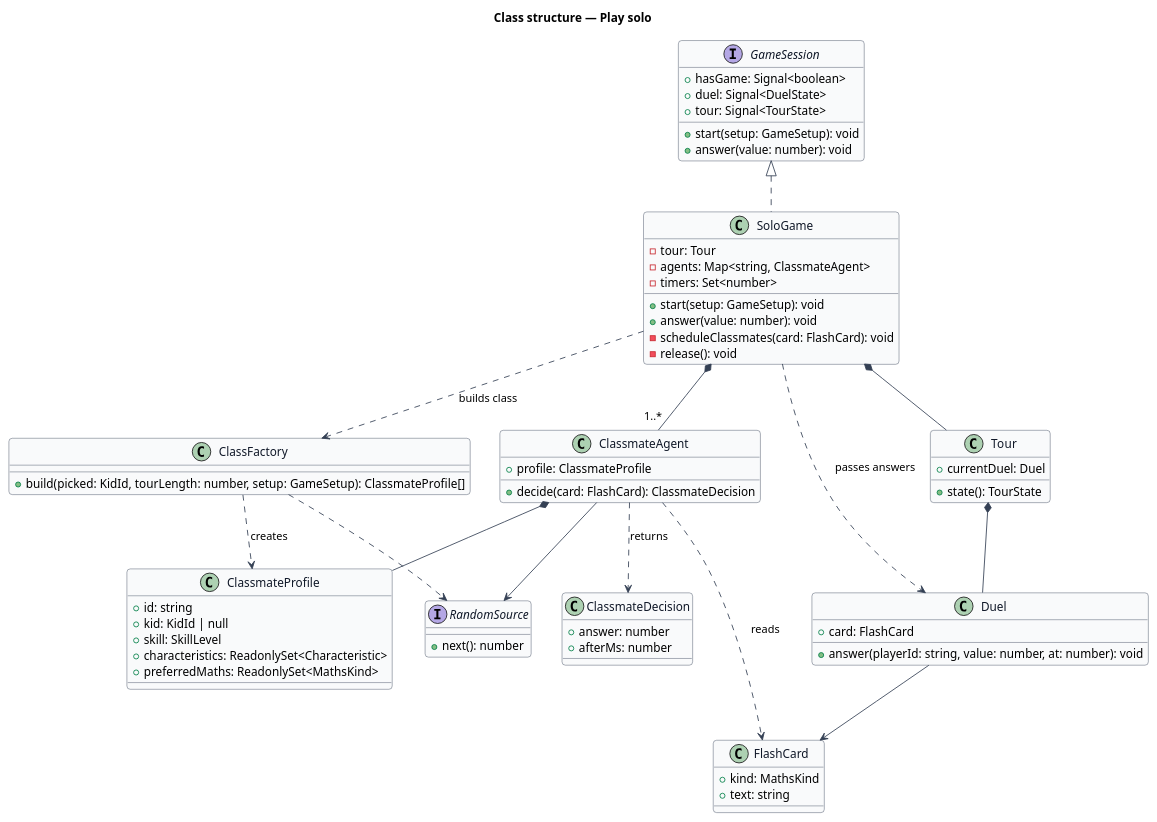
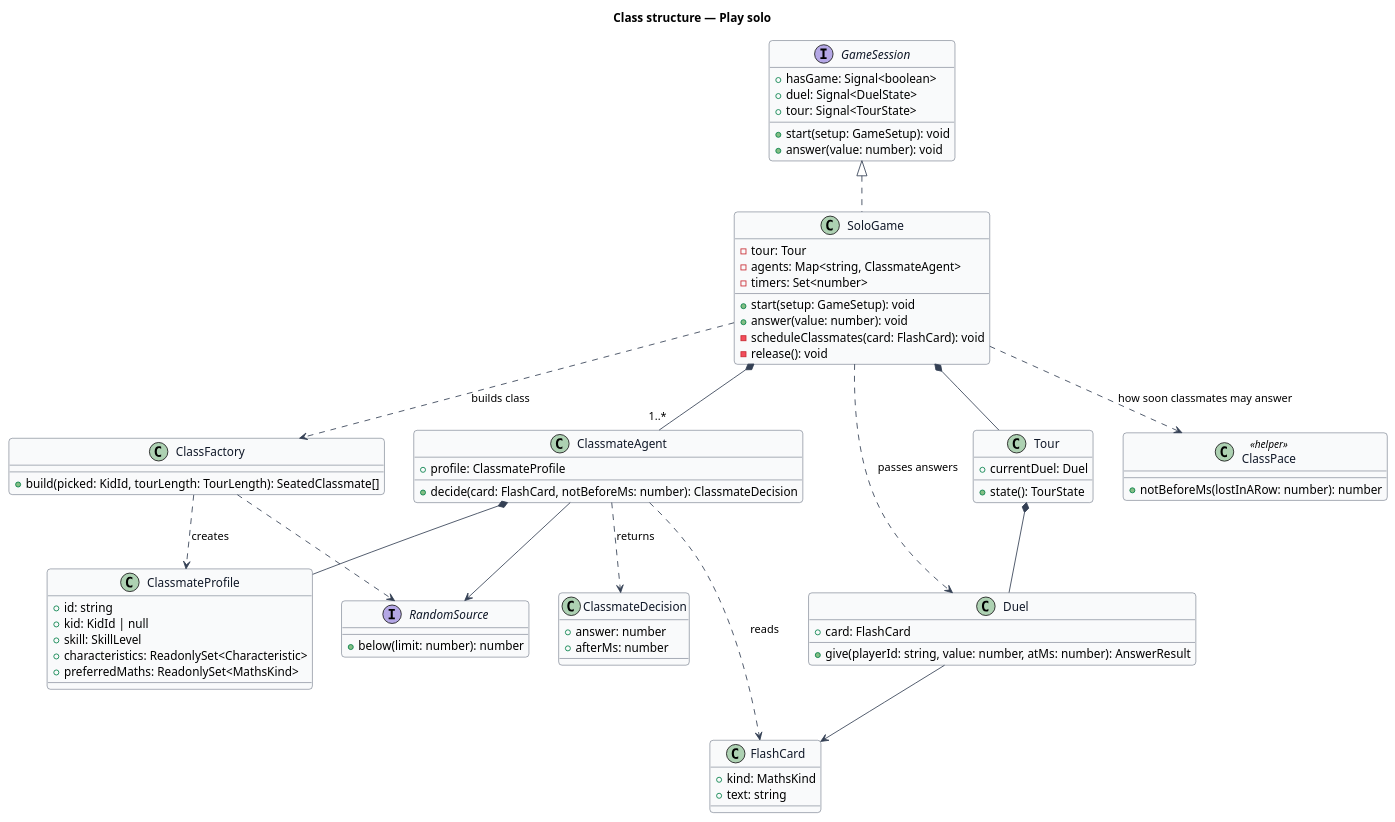
Before and after one commit to QuinntyneBrown/around-the-world: the diagram in docs/detailed-designs/classmates/play-solo/diagrams/class-structure.puml, drawn with PlantUML. The commit also changed 13 other files, not shown here.

```diff
--- a/docs/detailed-designs/classmates/play-solo/diagrams/class-structure.puml
+++ b/docs/detailed-designs/classmates/play-solo/diagrams/class-structure.puml
@@ -1,79 +1,83 @@
 @startuml
 ' --- shared skin header ---
 skinparam backgroundColor #FFFFFF
 skinparam shadowing false
 skinparam roundcorner 8
 skinparam defaultFontName Arial
 skinparam ArrowColor #344054
 skinparam class {
   BorderColor #344054
   FontColor #101828
   BackgroundColor #F9FAFB
 }
 ' --------------------------
 title Class structure — Play solo
 
 interface GameSession {
   +hasGame: Signal<boolean>
   +duel: Signal<DuelState>
   +tour: Signal<TourState>
   +start(setup: GameSetup): void
   +answer(value: number): void
 }
 class SoloGame {
   -tour: Tour
   -agents: Map<string, ClassmateAgent>
   -timers: Set<number>
   +start(setup: GameSetup): void
   +answer(value: number): void
   -scheduleClassmates(card: FlashCard): void
   -release(): void
 }
 class ClassFactory {
-  +build(picked: KidId, tourLength: number, setup: GameSetup): ClassmateProfile[]
+  +build(picked: KidId, tourLength: TourLength): SeatedClassmate[]
 }
 class ClassmateProfile {
   +id: string
   +kid: KidId | null
   +skill: SkillLevel
   +characteristics: ReadonlySet<Characteristic>
   +preferredMaths: ReadonlySet<MathsKind>
 }
 class ClassmateAgent {
   +profile: ClassmateProfile
-  +decide(card: FlashCard): ClassmateDecision
+  +decide(card: FlashCard, notBeforeMs: number): ClassmateDecision
 }
 class ClassmateDecision {
   +answer: number
   +afterMs: number
 }
 interface RandomSource {
-  +next(): number
+  +below(limit: number): number
+}
+class ClassPace <<helper>> {
+  +notBeforeMs(lostInARow: number): number
 }
 class Tour {
   +currentDuel: Duel
   +state(): TourState
 }
 class Duel {
   +card: FlashCard
-  +answer(playerId: string, value: number, at: number): void
+  +give(playerId: string, value: number, atMs: number): AnswerResult
 }
 class FlashCard {
   +kind: MathsKind
   +text: string
 }
 
 GameSession <|.. SoloGame
 SoloGame *-- Tour
 SoloGame *-- "1..*" ClassmateAgent
 SoloGame ..> ClassFactory : builds class
+SoloGame ..> ClassPace : how soon classmates may answer
 ClassFactory ..> ClassmateProfile : creates
 ClassFactory ..> RandomSource
 ClassmateAgent *-- ClassmateProfile
 ClassmateAgent ..> ClassmateDecision : returns
 ClassmateAgent ..> FlashCard : reads
 ClassmateAgent --> RandomSource
 Tour *-- Duel
 Duel --> FlashCard
 SoloGame ..> Duel : passes answers
 @enduml
```
